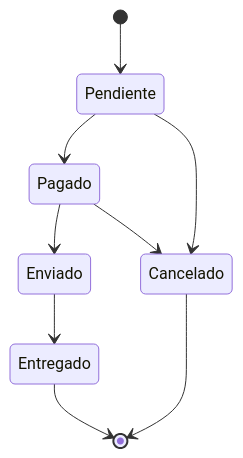
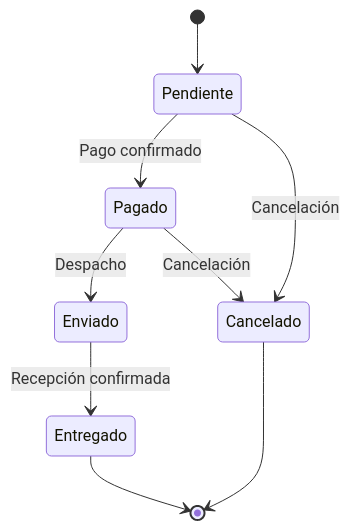
The diagram in docs/diagramas/25_UML_EstadosPedido.md (facusoster/FinalProdWebLaravel), drawn with Mermaid before and after one commit. The commit also changed other lines of this file and 25 other files, not shown here.

Commit message:
Actualizo documentación completa: diagramas, requisitos, arquitectura, UML y setup

````diff
--- a/docs/diagramas/25_UML_EstadosPedido.md
+++ b/docs/diagramas/25_UML_EstadosPedido.md
@@ -22,19 +22,16 @@
 ```mermaid
 stateDiagram-v2
 
 [*] --> Pendiente
 
-Pendiente --> Pagado
+Pendiente --> Pagado : Pago confirmado
+Pendiente --> Cancelado : Cancelación
 
-Pendiente --> Cancelado
+Pagado --> Enviado : Despacho
+Pagado --> Cancelado : Cancelación
 
-Pagado --> Enviado
-
-Pagado --> Cancelado
-
-Enviado --> Entregado
+Enviado --> Entregado : Recepción confirmada
 
 Entregado --> [*]
-
 Cancelado --> [*]
 ```
````
